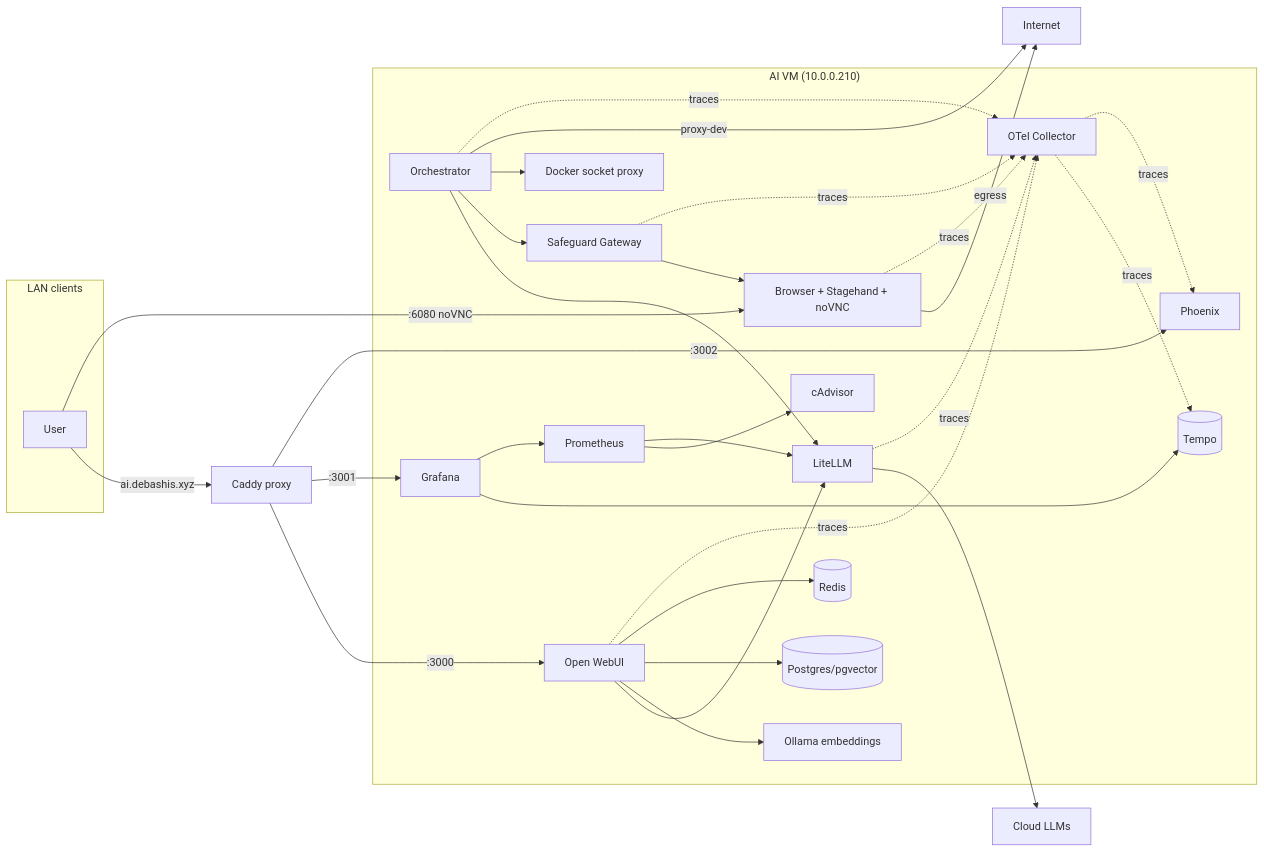
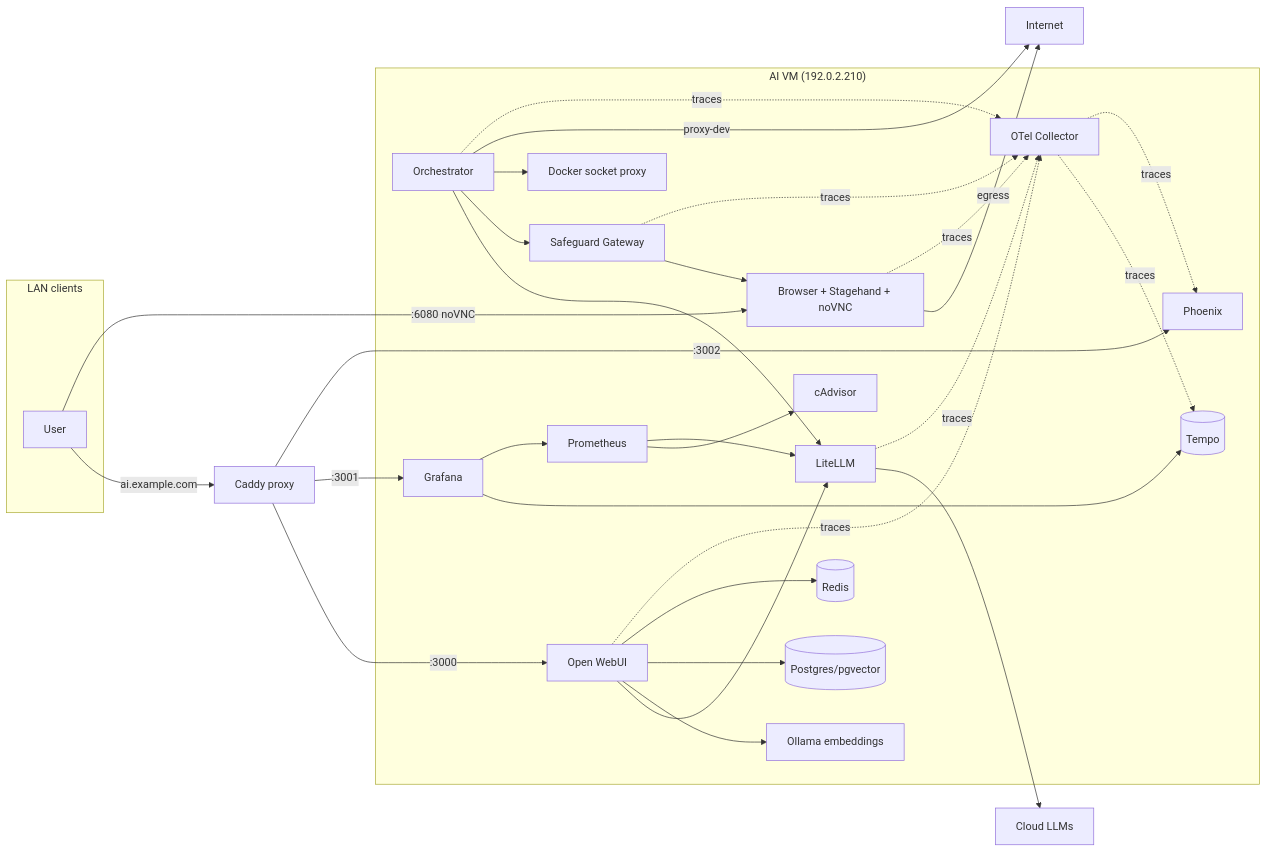
Before and after one commit to d1p/secure-ai-research-agent: the diagram in README.md, drawn with Mermaid. The commit also changed other lines of this file and 57 other files, not shown here.

````diff
--- a/README.md
+++ b/README.md
@@ -41,58 +50,58 @@
 ```mermaid
 flowchart LR
     subgraph clients["LAN clients"]
         user[User]
     end
     caddy[Caddy proxy]
 
-    subgraph vm["AI VM (10.0.0.210)"]
+    subgraph vm["AI VM (192.0.2.210)"]
         webui[Open WebUI]
         browser[Browser + Stagehand + noVNC]
         litellm[LiteLLM]
         ollama[Ollama embeddings]
         pg[(Postgres/pgvector)]
         redis[(Redis)]
         orchestrator[Orchestrator]
         gw[Safeguard Gateway]
         dsproxy[Docker socket proxy]
         grafana[Grafana]
         phoenix[Phoenix]
         otelcol[OTel Collector]
         tempo[(Tempo)]
         prom[Prometheus]
         cadvisor[cAdvisor]
     end
 
     cloud[Cloud LLMs]
     internet[Internet]
 
-    user -->|ai.debashis.xyz| caddy
+    user -->|ai.example.com| caddy
     caddy -->|:3000| webui
     caddy -->|:3001| grafana
     caddy -->|:3002| phoenix
     user -->|:6080 noVNC| browser
 
     webui --> litellm
     webui --> ollama
     webui --> pg
     webui --> redis
     orchestrator --> litellm
     orchestrator --> gw
     orchestrator --> dsproxy
     gw --> browser
     litellm --> cloud
     browser -->|egress| internet
     orchestrator -->|proxy-dev| internet
 
     grafana --> tempo
     grafana --> prom
     prom --> cadvisor
     prom --> litellm
     webui -.traces.-> otelcol
     litellm -.traces.-> otelcol
     orchestrator -.traces.-> otelcol
     gw -.traces.-> otelcol
     browser -.traces.-> otelcol
     otelcol -.traces.-> tempo
     otelcol -.traces.-> phoenix
 ```
````
